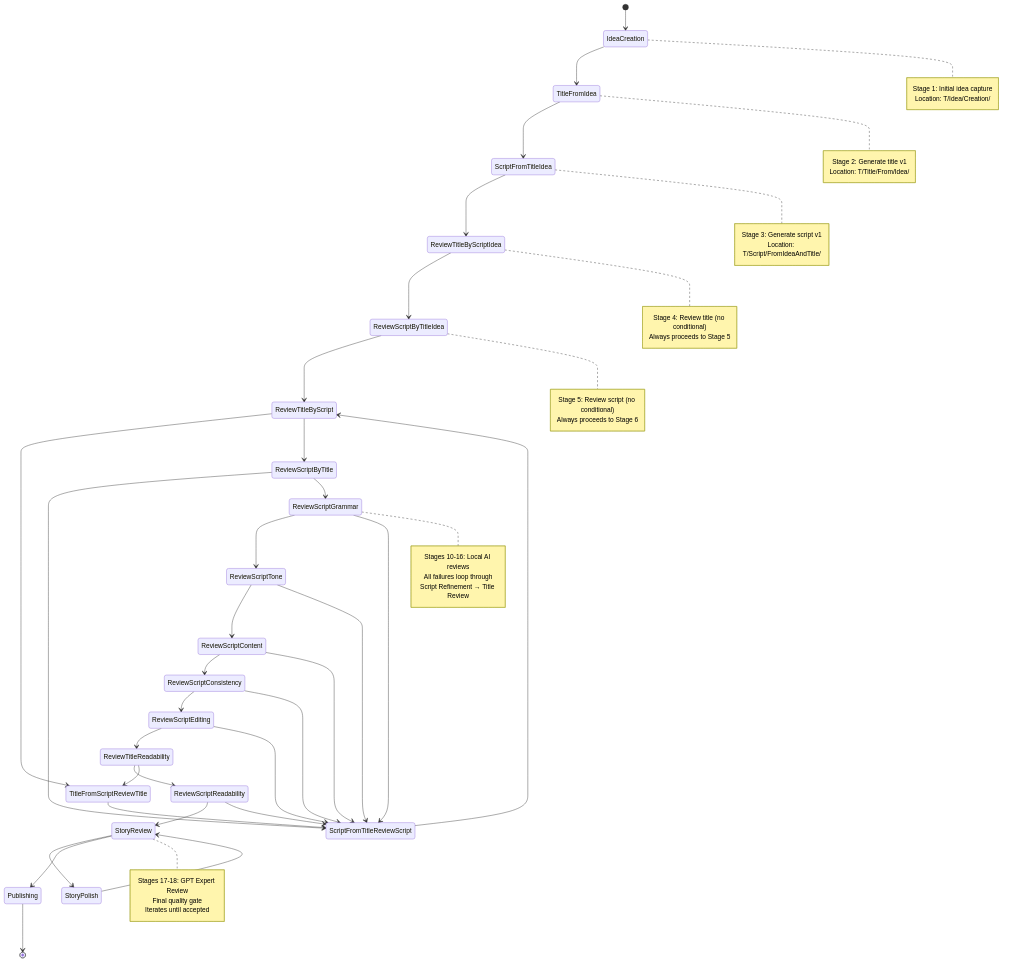
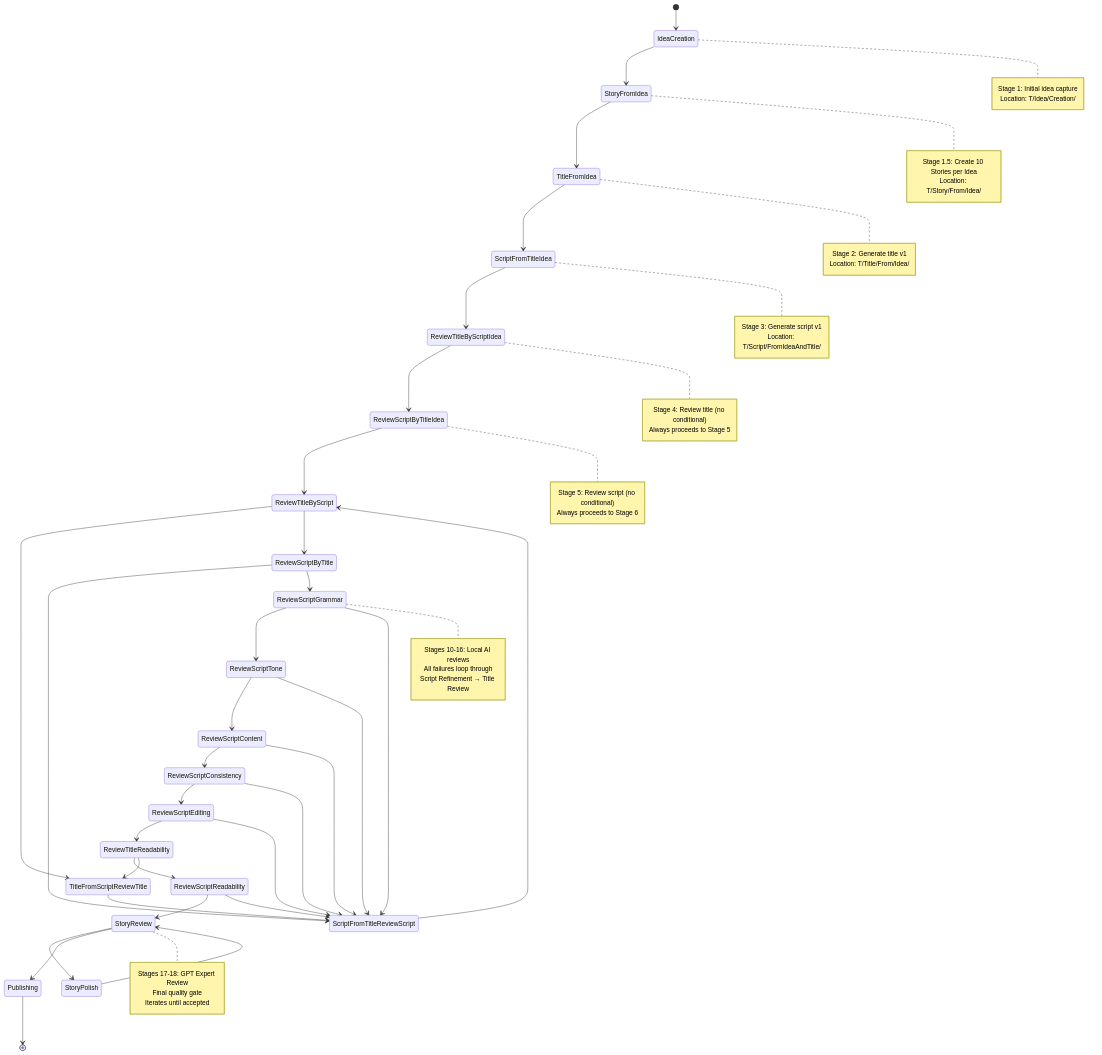
One commit to Nomoos/PrismQ changed the diagram in T/WORKFLOW_STATE_MACHINE.md. Above: the diagram before and after it, drawn with Mermaid. The commit also changed other lines of this file and 4 other files, not shown here.

Commit message:
Add PrismQ.T.Story.From.Idea step to workflow documentation before Title.From.Idea

```diff
--- a/T/WORKFLOW_STATE_MACHINE.md
+++ b/T/WORKFLOW_STATE_MACHINE.md
@@ -8,7 +8,8 @@
 stateDiagram-v2
     [*] --> IdeaCreation
     
-    IdeaCreation --> TitleFromIdea
+    IdeaCreation --> StoryFromIdea
+    StoryFromIdea --> TitleFromIdea
     TitleFromIdea --> ScriptFromTitleIdea
     ScriptFromTitleIdea --> ReviewTitleByScriptIdea
     
@@ -59,6 +60,11 @@
         Location: T/Idea/Creation/
     end note
     
+    note right of StoryFromIdea
+        Stage 1.5: Create 10 Stories per Idea
+        Location: T/Story/From/Idea/
+    end note
+    
     note right of TitleFromIdea
         Stage 2: Generate title v1
         Location: T/Title/From/Idea/
```
